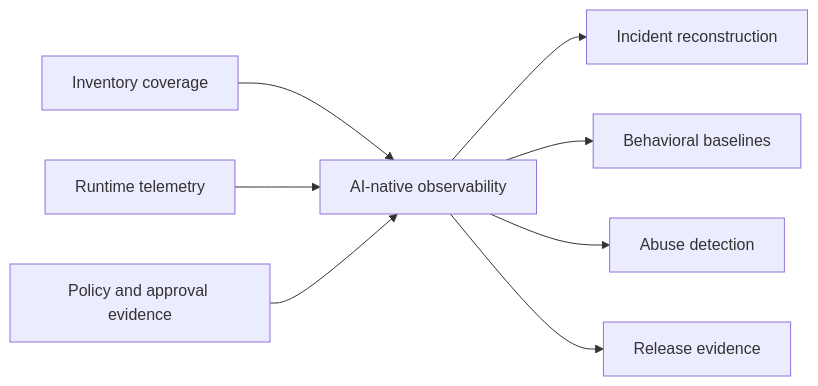
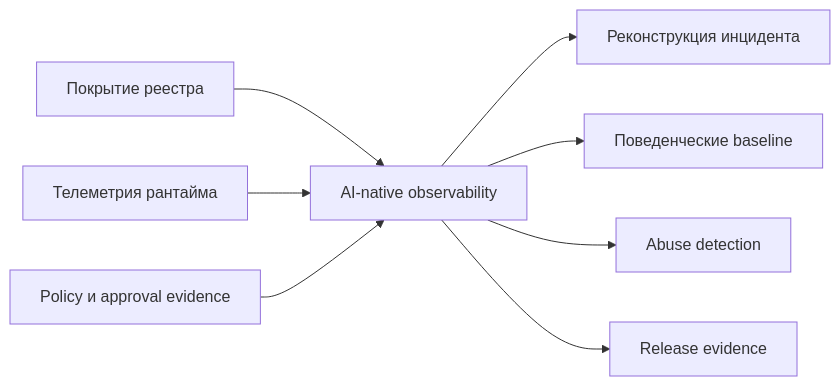
One commit to agent-axiom/agent-arch changed the diagram in docs/book/part-viii/chapter-26.md. Above: the diagram before and after it, drawn with Mermaid. The commit also changed other lines of this file, not shown here.

Commit message:
docs: polish Russian chapter twenty six observability prose

````diff
--- a/docs/book/part-viii/chapter-26.md
+++ b/docs/book/part-viii/chapter-26.md
@@ -223,10 +223,10 @@
 ``` mermaid
 flowchart LR
-    A["Inventory coverage"] --> D["AI-native observability"]
-    B["Runtime telemetry"] --> D
-    C["Policy and approval evidence"] --> D
-    D --> E["Incident reconstruction"]
-    D --> F["Behavioral baselines"]
+    A["Покрытие реестра"] --> D["AI-native observability"]
+    B["Телеметрия рантайма"] --> D
+    C["Policy и approval evidence"] --> D
+    D --> E["Реконструкция инцидента"]
+    D --> F["Поведенческие baseline"]
     D --> G["Abuse detection"]
     D --> H["Release evidence"]
 ```
````
